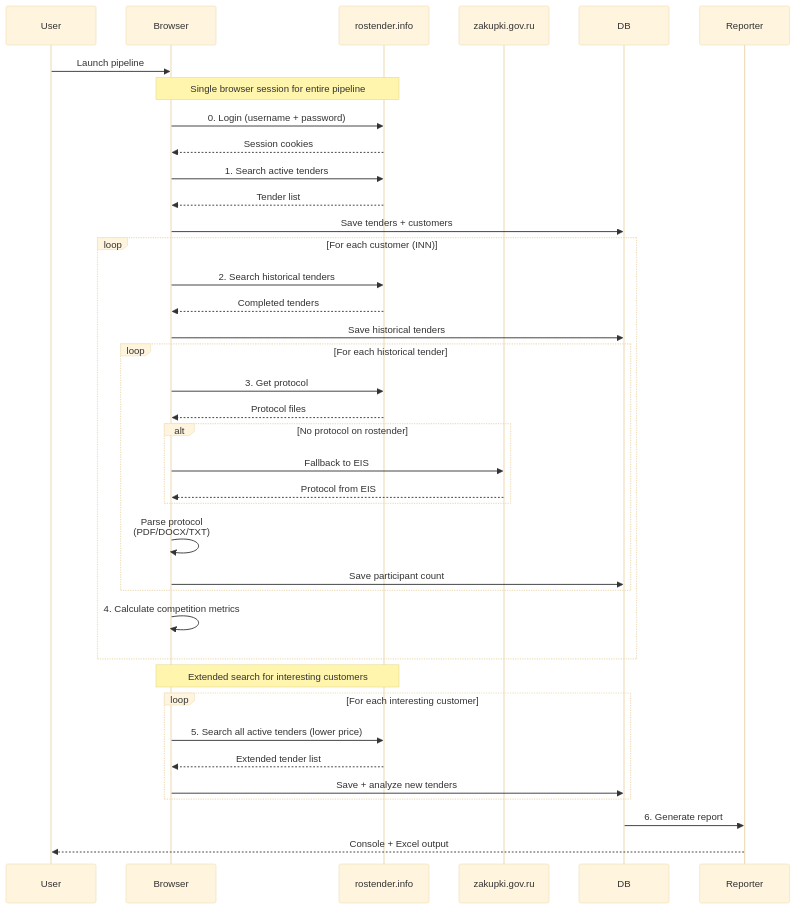
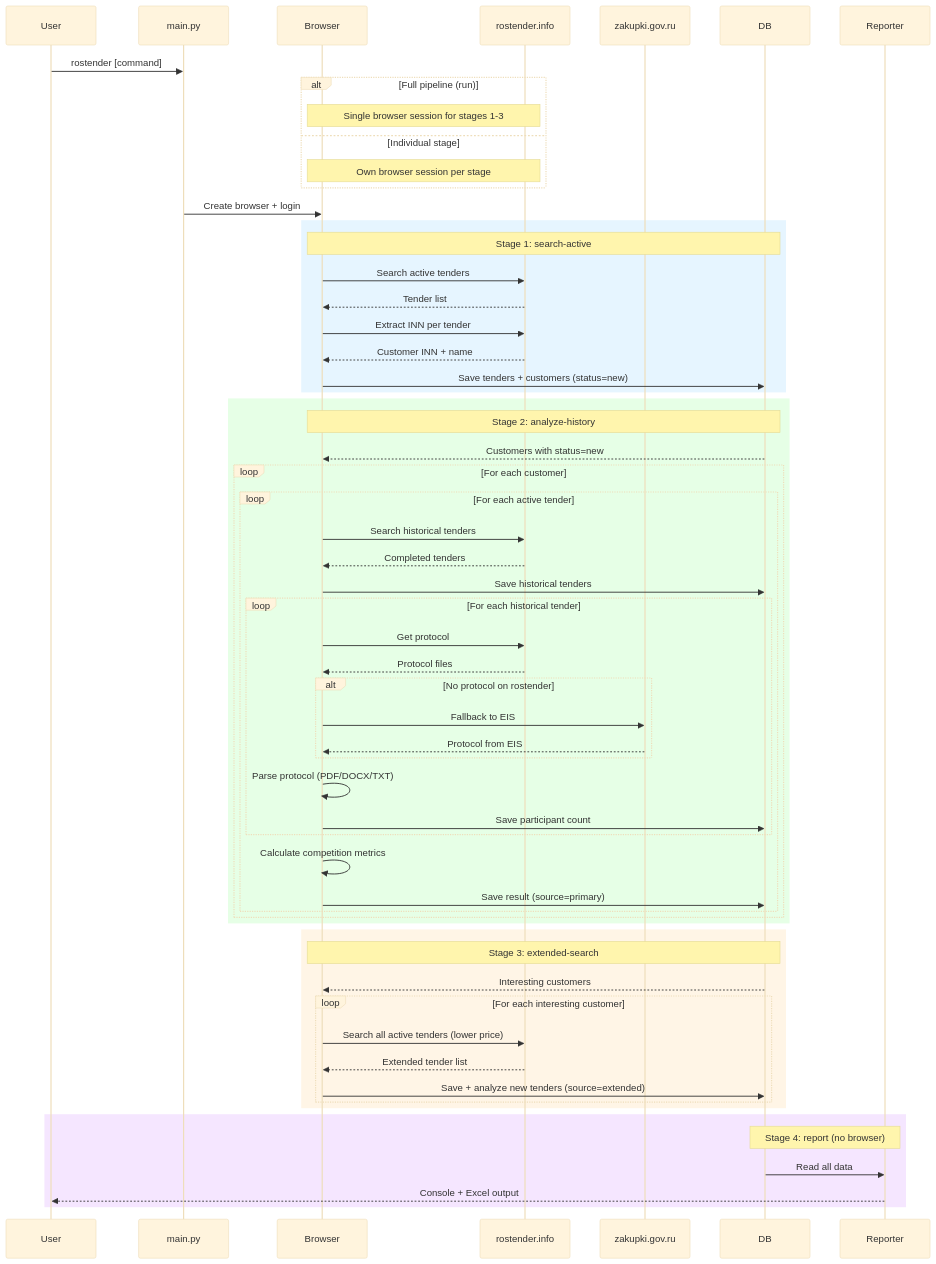
The second of 11 diagrams in STRUCTURE.md (volk6022/rostender-parse), drawn with Mermaid (base theme) before and after one commit. The commit also changed other lines of this file and 38 other files, not shown here.

````diff
--- a/STRUCTURE.md
+++ b/STRUCTURE.md
@@ -75,52 +84,73 @@
 ```mermaid
 sequenceDiagram
     participant User
+    participant Dispatcher as main.py
     participant Browser
     participant rostender as rostender.info
     participant eis as zakupki.gov.ru
     participant DB
     participant Reporter
 
-    User->>Browser: Launch pipeline
+    User->>Dispatcher: rostender [command]
 
-    Note over Browser,rostender: Single browser session for entire pipeline
-
-    Browser->>rostender: 0. Login (username + password)
-    rostender-->>Browser: Session cookies
-
-    Browser->>rostender: 1. Search active tenders
-    rostender-->>Browser: Tender list
-    Browser->>DB: Save tenders + customers
-
-    loop For each customer (INN)
-        Browser->>rostender: 2. Search historical tenders
-        rostender-->>Browser: Completed tenders
-        Browser->>DB: Save historical tenders
-
-        loop For each historical tender
-            Browser->>rostender: 3. Get protocol
-            rostender-->>Browser: Protocol files
-            
-            alt No protocol on rostender
-                Browser->>eis: Fallback to EIS
-                eis-->>Browser: Protocol from EIS
-            end
-            
-            Browser->>Browser: Parse protocol<br/>(PDF/DOCX/TXT)
-            Browser->>DB: Save participant count
-        end
-        
-        Browser->>Browser: 4. Calculate competition metrics
+    alt Full pipeline (run)
+        Note over Browser,rostender: Single browser session for stages 1-3
+    else Individual stage
+        Note over Browser,rostender: Own browser session per stage
     end
 
-    Note over Browser,rostender: Extended search for interesting customers
+    Dispatcher->>Browser: Create browser + login
 
-    loop For each interesting customer
-        Browser->>rostender: 5. Search all active tenders (lower price)
-        rostender-->>Browser: Extended tender list
-        Browser->>DB: Save + analyze new tenders
+    rect rgb(230, 245, 255)
+        Note over Browser,DB: Stage 1: search-active
+        Browser->>rostender: Search active tenders
+        rostender-->>Browser: Tender list
+        Browser->>rostender: Extract INN per tender
+        rostender-->>Browser: Customer INN + name
+        Browser->>DB: Save tenders + customers (status=new)
     end
 
-    DB->>Reporter: 6. Generate report
-    Reporter-->>User: Console + Excel output
+    rect rgb(230, 255, 230)
+        Note over Browser,DB: Stage 2: analyze-history
+        DB-->>Browser: Customers with status=new
+        loop For each customer
+            loop For each active tender
+                Browser->>rostender: Search historical tenders
+                rostender-->>Browser: Completed tenders
+                Browser->>DB: Save historical tenders
+
+                loop For each historical tender
+                    Browser->>rostender: Get protocol
+                    rostender-->>Browser: Protocol files
+
+                    alt No protocol on rostender
+                        Browser->>eis: Fallback to EIS
+                        eis-->>Browser: Protocol from EIS
+                    end
+
+                    Browser->>Browser: Parse protocol (PDF/DOCX/TXT)
+                    Browser->>DB: Save participant count
+                end
+
+                Browser->>Browser: Calculate competition metrics
+                Browser->>DB: Save result (source=primary)
+            end
+        end
+    end
+
+    rect rgb(255, 245, 230)
+        Note over Browser,DB: Stage 3: extended-search
+        DB-->>Browser: Interesting customers
+        loop For each interesting customer
+            Browser->>rostender: Search all active tenders (lower price)
+            rostender-->>Browser: Extended tender list
+            Browser->>DB: Save + analyze new tenders (source=extended)
+        end
+    end
+
+    rect rgb(245, 230, 255)
+        Note over DB,Reporter: Stage 4: report (no browser)
+        DB->>Reporter: Read all data
+        Reporter-->>User: Console + Excel output
+    end
 ```
````
